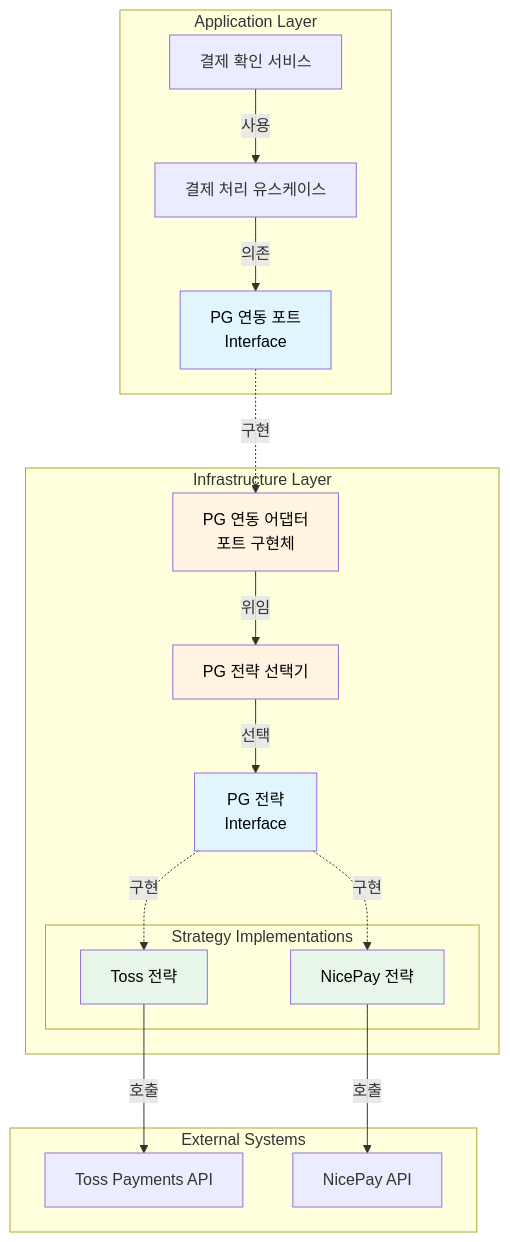
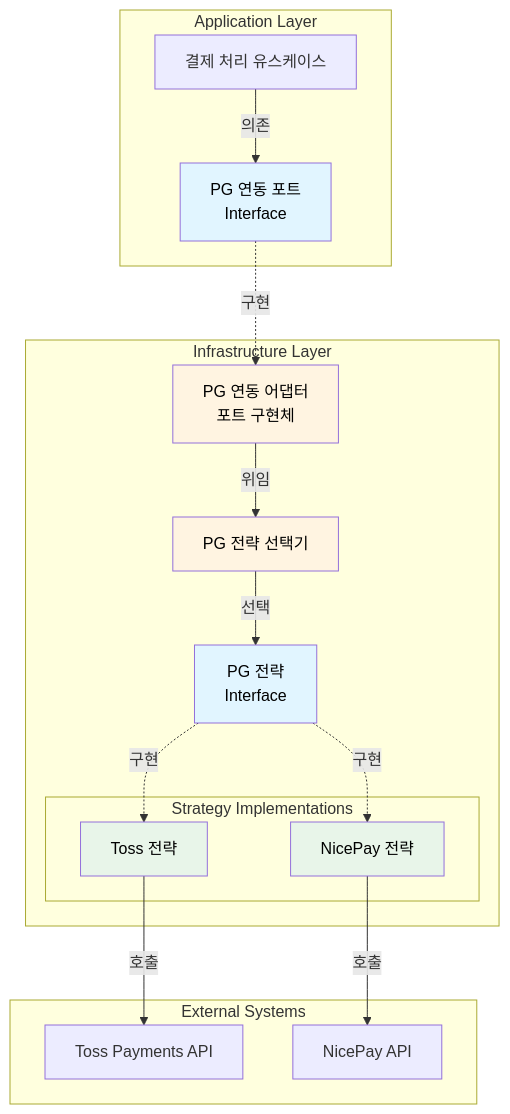
The fourth of 5 diagrams in README.md (hyoguoo/payment-platform), drawn with Mermaid before and after one commit.

Commit message:
docs: 플로우차트 불필요한 노드 삭제

````diff
--- a/README.md
+++ b/README.md
@@ -161,40 +161,38 @@
 ```mermaid
 graph TB
     subgraph "Application Layer"
-        Service[결제 확인 서비스]
         UseCase[결제 처리 유스케이스]
         Port[PG 연동 포트<br/>Interface]
     end
 
     subgraph "Infrastructure Layer"
         Adapter[PG 연동 어댑터<br/>포트 구현체]
         Factory[PG 전략 선택기]
         Strategy[PG 전략<br/>Interface]
 
         subgraph "Strategy Implementations"
             Toss[Toss 전략]
             Nicepay[NicePay 전략]
         end
     end
 
     subgraph "External Systems"
         TossAPI[Toss Payments API]
         NicepayAPI[NicePay API]
     end
 
-    Service -->|사용| UseCase
     UseCase -->|의존| Port
     Port -.->|구현| Adapter
     Adapter -->|위임| Factory
     Factory -->|선택| Strategy
     Strategy -.->|구현| Toss
     Strategy -.->|구현| Nicepay
     Toss -->|호출| TossAPI
     Nicepay -->|호출| NicepayAPI
     style Port fill: #e1f5ff, color: #000
     style Strategy fill: #e1f5ff, color: #000
     style Adapter fill: #fff4e1, color: #000
     style Factory fill: #fff4e1, color: #000
     style Toss fill: #e8f5e9, color: #000
     style Nicepay fill: #e8f5e9, color: #000
 ```
````
